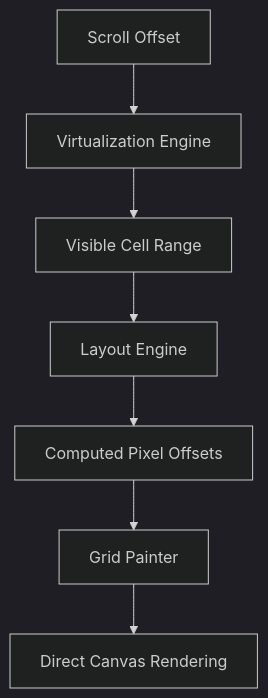
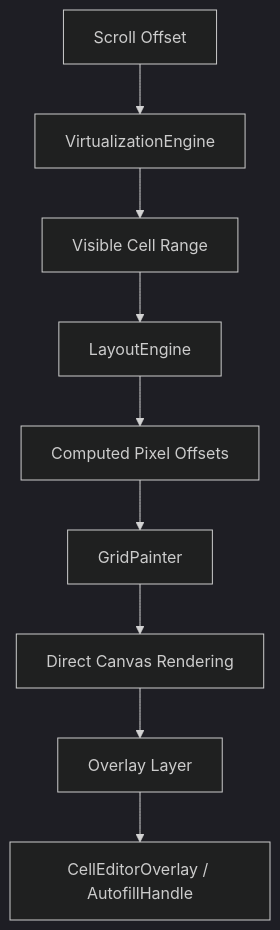
Before and after one commit to alohadance98/sheetifye: the first of 4 diagrams in doc/architecture.md, drawn with Mermaid (dark theme). The commit also changed other lines of this file and 82 other files, not shown here.

````diff
--- a/doc/architecture.md
+++ b/doc/architecture.md
@@ -31,9 +52,11 @@
 ```mermaid
 graph TD
-    A[Scroll Offset] --> B[Virtualization Engine]
+    A[Scroll Offset] --> B[VirtualizationEngine]
     B --> C[Visible Cell Range]
-    C --> D[Layout Engine]
+    C --> D[LayoutEngine]
     D --> E[Computed Pixel Offsets]
-    E --> F[Grid Painter]
+    E --> F[GridPainter]
     F --> G[Direct Canvas Rendering]
+    G --> H[Overlay Layer]
+    H --> I[CellEditorOverlay / AutofillHandle]
 ```
````
